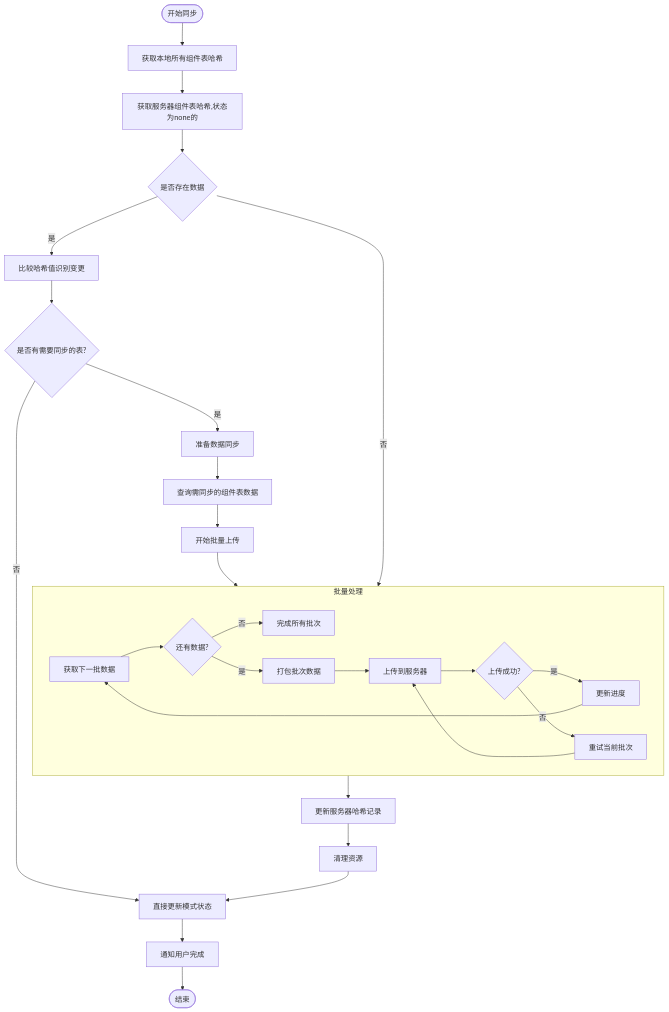
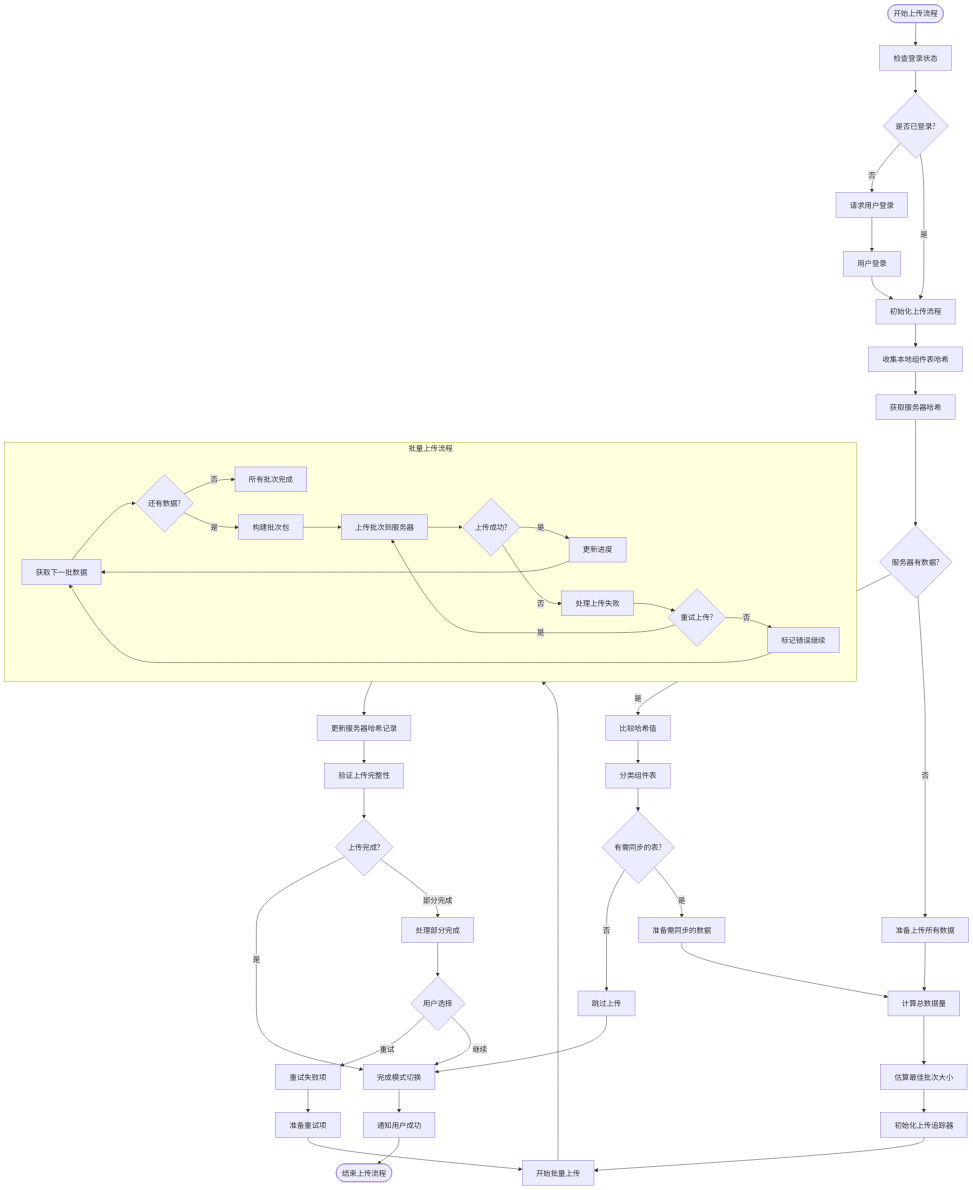
The diagram in all/未命名-51.md (yingjianzh/iodraw-files), drawn with Mermaid before and after one commit.

Commit message:
2025-05-08 17:02:14 update

````diff
--- a/all/未命名-51.md
+++ b/all/未命名-51.md
@@ -1,37 +1,68 @@
 ```mermaid
 flowchart TD
-    Start([开始同步]) --> FetchLocalHashes[获取本地所有组件表哈希]
-    FetchLocalHashes --> FetchServerHashes[获取服务器组件表哈希,状态为none的]
-    FetchServerHashes --> DataExist{是否存在数据} 
-
-    DataExist --> |是| CompareHashes[比较哈希值识别变更]
-    DataExist --> |否| BatchProcess
-
+    Start([开始上传流程]) --> CheckLogin[检查登录状态]
+    CheckLogin --> LoginStatus{是否已登录?}
     
-    CompareHashes --> NeedSync{是否有需要同步的表?}
-    NeedSync -->|否| UpdateMode[直接更新模式状态]
-    NeedSync -->|是| PrepareSync[准备数据同步]
+    LoginStatus -->|否| RequestLogin[请求用户登录]
+    LoginStatus -->|是| InitializeProcess[初始化上传流程]
     
-    PrepareSync --> QueryChangedData[查询需同步的组件表数据]
-    QueryChangedData --> BeginBatchUpload[开始批量上传]
+    RequestLogin --> UserLogin[用户登录]
+    UserLogin --> InitializeProcess
     
-    subgraph BatchProcess [批量处理]
-        A[获取下一批数据] --> B{还有数据?}
-        B -->|否| ExitLoop[完成所有批次]
-        B -->|是| C[打包批次数据]
-        C --> D[上传到服务器]
-        D --> E{上传成功?}
-        E -->|是| F[更新进度]
-        E -->|否| G[重试当前批次]
-        G --> D
-        F --> A
+    InitializeProcess --> CollectLocalHashes[收集本地组件表哈希]
+    CollectLocalHashes --> FetchServerHashes[获取服务器哈希]
+    
+    FetchServerHashes --> ServerHasData{服务器有数据?}
+    
+    ServerHasData -->|是| CompareHashes[比较哈希值]
+    ServerHasData -->|否| PrepareAllData[准备上传所有数据]
+    
+    CompareHashes --> ClassifyTables[分类组件表]
+    ClassifyTables --> HasChanges{有需同步的表?}
+    
+    HasChanges -->|否| SkipUpload[跳过上传]
+    HasChanges -->|是| PrepareChangedData[准备需同步的数据]
+    
+    PrepareAllData --> CalculateSize[计算总数据量]
+    PrepareChangedData --> CalculateSize
+    
+    CalculateSize --> EstimateBatchSize[估算最佳批次大小]
+    EstimateBatchSize --> InitUploadTracker[初始化上传追踪器]
+    InitUploadTracker --> StartBatching[开始批量上传]
+    
+    subgraph BatchUpload [批量上传流程]
+        B1[获取下一批数据] --> B2{还有数据?}
+        B2 -->|否| BatchesComplete[所有批次完成]
+        B2 -->|是| B3[构建批次包]
+        B3 --> B4[上传批次到服务器]
+        B4 --> B5{上传成功?}
+        B5 -->|是| B6[更新进度]
+        B5 -->|否| B7[处理上传失败]
+        B7 --> B8{重试上传?}
+        B8 -->|是| B4
+        B8 -->|否| B9[标记错误继续]
+        B6 --> B1
+        B9 --> B1
     end
     
-    BeginBatchUpload --> BatchProcess
-    BatchProcess --> UpdateHashes[更新服务器哈希记录]
-    UpdateHashes --> CleanupResources[清理资源]
-    CleanupResources --> UpdateMode
+    StartBatching --> BatchUpload
     
-    UpdateMode --> NotifyCompletion[通知用户完成]
-    NotifyCompletion --> End([结束])
+    BatchUpload --> UpdateServerHashes[更新服务器哈希记录]
+    UpdateServerHashes --> VerifyUpload[验证上传完整性]
+    
+    VerifyUpload --> UploadComplete{上传完成?}
+    UploadComplete -->|是| FinalizeMode[完成模式切换]
+    UploadComplete -->|部分完成| HandlePartial[处理部分完成]
+    
+    HandlePartial --> UserChoice{用户选择}
+    UserChoice -->|重试| RetryFailed[重试失败项]
+    UserChoice -->|继续| FinalizeMode
+    
+    RetryFailed --> PrepareRetry[准备重试项]
+    PrepareRetry --> StartBatching
+    
+    FinalizeMode --> NotifySuccess[通知用户成功]
+    NotifySuccess --> End([结束上传流程])
+    
+    SkipUpload --> FinalizeMode
 ```
````
